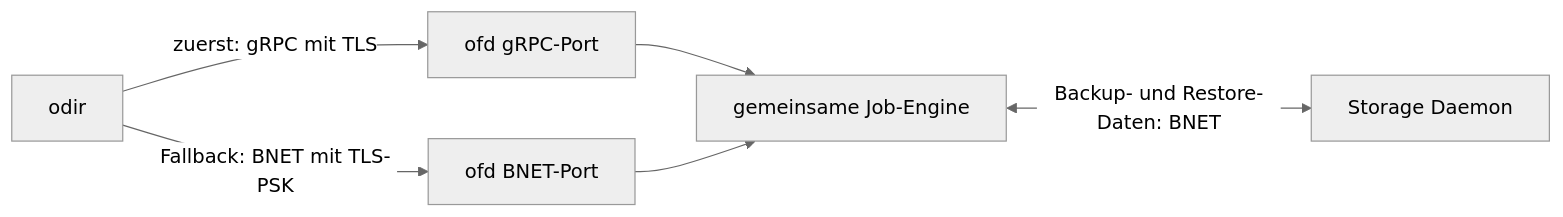
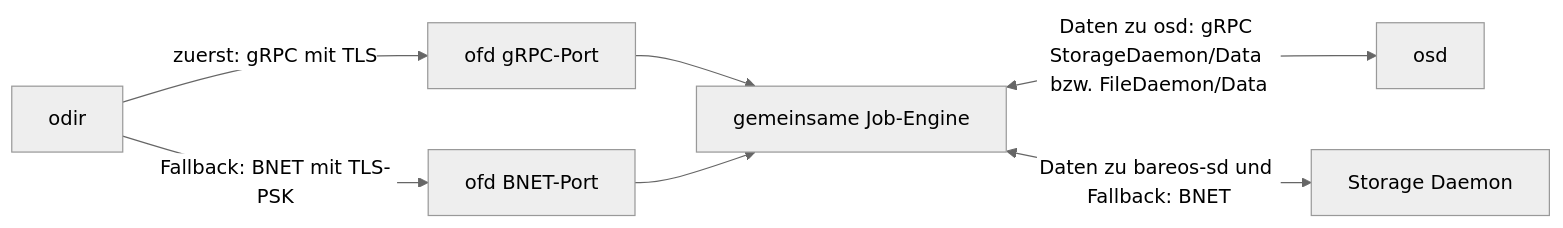
One commit to Beerlesklopfer/onesimus-director changed the diagram in docs/wiki/file-daemon.md. Above: the diagram before and after it, drawn with Mermaid (neutral theme). The commit also changed other lines of this file and 7 other files, not shown here.

Commit message:
docs: osd P1 Stufe 3 erledigt, P1 abgeschlossen – Transporte gRPC/BNET in der Wiki, Testgerüst-Matrix, Plan mit Belegen und Liste „Nach P1“, Gutachten-Amendment §6.B

````diff
--- a/docs/wiki/file-daemon.md
+++ b/docs/wiki/file-daemon.md
@@ -9,8 +11,9 @@
 ```mermaid
 flowchart LR
     D[odir] -->|zuerst: gRPC mit TLS| G[ofd gRPC-Port]
     D -->|Fallback: BNET mit TLS-PSK| B[ofd BNET-Port]
     G --> E[gemeinsame Job-Engine]
     B --> E
-    E <-->|Backup- und Restore-Daten: BNET| S[Storage Daemon]
+    E <-->|Daten zu osd: gRPC StorageDaemon/Data bzw. FileDaemon/Data| O[osd]
+    E <-->|Daten zu bareos-sd und Fallback: BNET| S[Storage Daemon]
 ```
````
